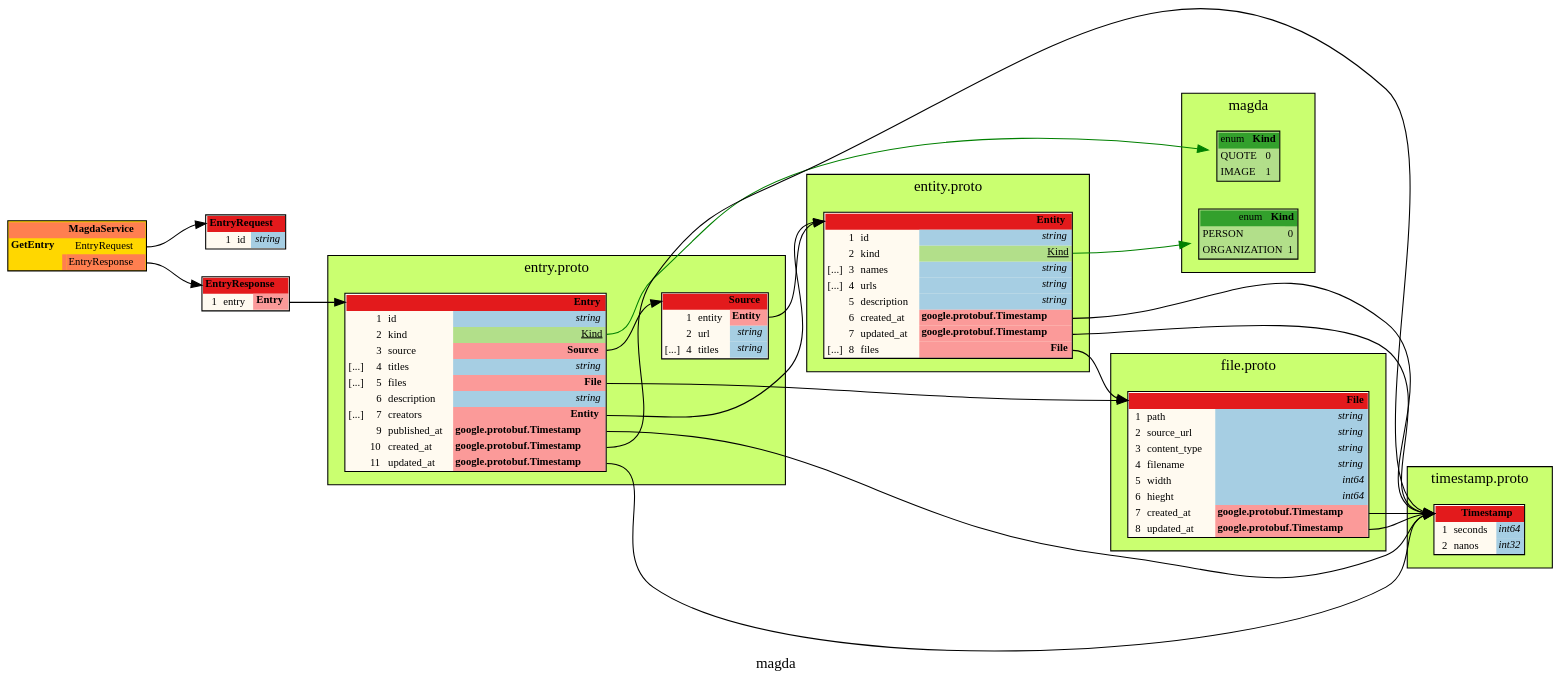
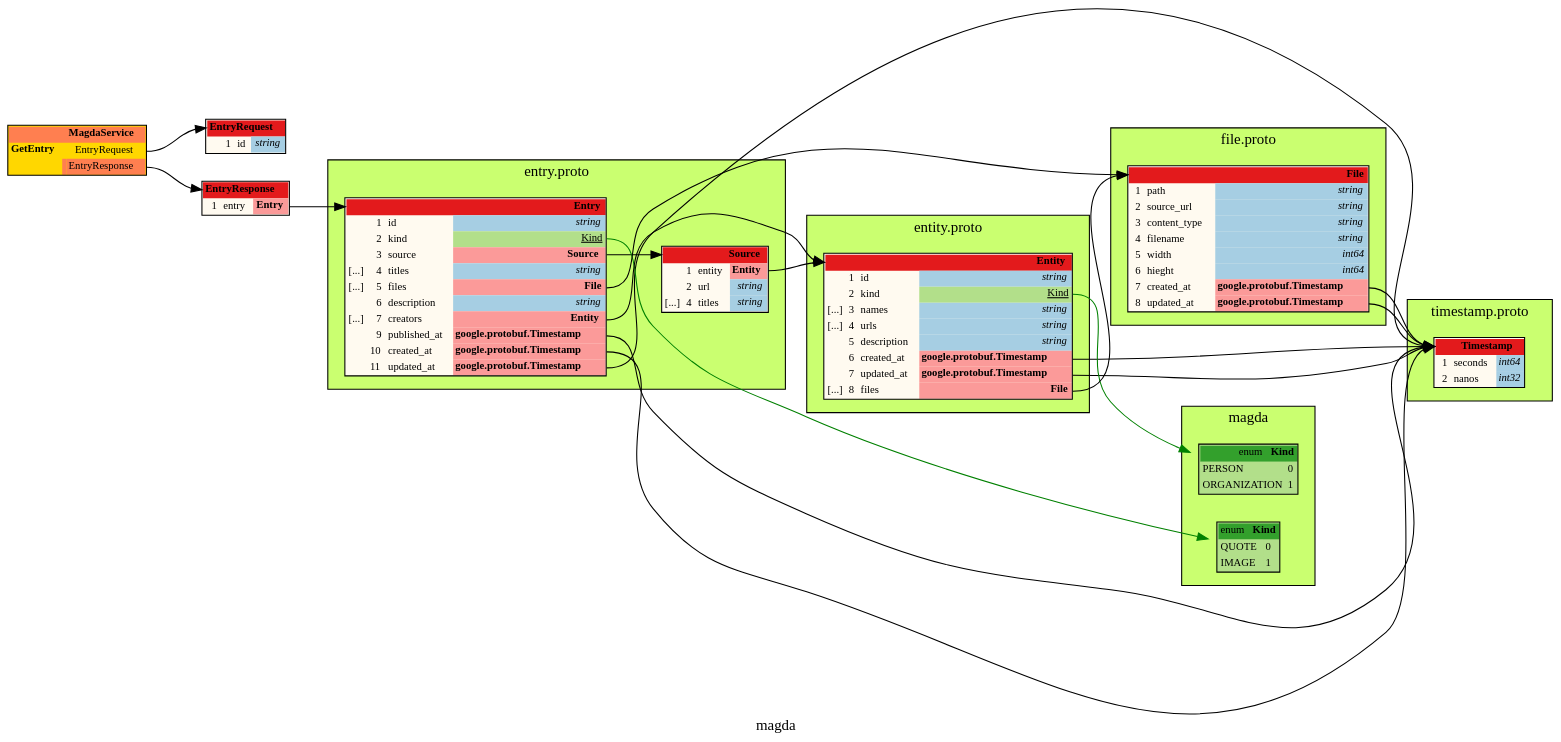
One commit to voidfiles/magda changed the diagram in output/magda.dot. Above: the diagram before and after it, drawn with Graphviz. The commit also changed 20 other files, not shown here.

```diff
--- a/output/magda.dot
+++ b/output/magda.dot
@@ -21,22 +21,16 @@
 
 
 	/* ------ nodes ------ */
-	subgraph cluster_9d1e3c2635ff {
-		label = "magda"
-		tooltip = "magda"
+	subgraph cluster_b5eb5ae3708a {
+		label = "entry.proto"
+		tooltip = "entry.proto"
 		style = filled;
 		fillcolor = "#caff70";
 		
-		Node_Ja_106	[shape=plaintext tooltip="Kind" label=<<TABLE BORDER="1" CELLBORDER="0" CELLSPACING="0" BGCOLOR="#b2df8a"><TR><TD COLSPAN="2" PORT="header" BGCOLOR="#33a02c" ALIGN="right">enum <b>Kind</b></TD></TR><TR><TD BGCOLOR="#b2df8a" ALIGN="left">QUOTE</TD><TD BGCOLOR="#b2df8a" ALIGN="left">0</TD></TR><TR><TD BGCOLOR="#b2df8a" ALIGN="left">IMAGE</TD><TD BGCOLOR="#b2df8a" ALIGN="left">1</TD></TR></TABLE>>];
-		Node_Ja_103	[shape=plaintext tooltip="Kind" label=<<TABLE BORDER="1" CELLBORDER="0" CELLSPACING="0" BGCOLOR="#b2df8a"><TR><TD COLSPAN="2" PORT="header" BGCOLOR="#33a02c" ALIGN="right">enum <b>Kind</b></TD></TR><TR><TD BGCOLOR="#b2df8a" ALIGN="left">PERSON</TD><TD BGCOLOR="#b2df8a" ALIGN="left">0</TD></TR><TR><TD BGCOLOR="#b2df8a" ALIGN="left">ORGANIZATION</TD><TD BGCOLOR="#b2df8a" ALIGN="left">1</TD></TR></TABLE>>];
+		Node_Ja_104	[shape=plaintext tooltip="magda.Source" label=<<TABLE BORDER="1" CELLBORDER="0" CELLSPACING="0" BGCOLOR="#fffaf0"><TR><TD COLSPAN="4" PORT="header" BGCOLOR="#e31a1c" ALIGN="right"><b>Source</b></TD></TR><TR><TD ALIGN="right"></TD><TD ALIGN="right">1</TD><TD ALIGN="left">entity</TD><TD BGCOLOR="#fb9a99" PORT="poentity" ALIGN="right"><b>Entity</b></TD></TR><TR><TD ALIGN="right"></TD><TD ALIGN="right">2</TD><TD ALIGN="left">url</TD><TD BGCOLOR="#a6cee3" PORT="pourl" ALIGN="right" TITLE="string"><i>string</i></TD></TR><TR><TD ALIGN="right">[...]</TD><TD ALIGN="right">4</TD><TD ALIGN="left">titles</TD><TD BGCOLOR="#a6cee3" PORT="potitles" ALIGN="right" TITLE="string"><i>string</i></TD></TR></TABLE>>];
+		Node_Ja_105	[shape=plaintext tooltip="magda.Entry" label=<<TABLE BORDER="1" CELLBORDER="0" CELLSPACING="0" BGCOLOR="#fffaf0"><TR><TD COLSPAN="4" PORT="header" BGCOLOR="#e31a1c" ALIGN="right"><b>Entry</b></TD></TR><TR><TD ALIGN="right"></TD><TD ALIGN="right">1</TD><TD ALIGN="left">id</TD><TD BGCOLOR="#a6cee3" PORT="poid" ALIGN="right" TITLE="string"><i>string</i></TD></TR><TR><TD ALIGN="right"></TD><TD ALIGN="right">2</TD><TD ALIGN="left">kind</TD><TD BGCOLOR="#b2df8a" PORT="pokind" ALIGN="right"><u>Kind</u></TD></TR><TR><TD ALIGN="right"></TD><TD ALIGN="right">3</TD><TD ALIGN="left">source</TD><TD BGCOLOR="#fb9a99" PORT="posource" ALIGN="right"><b>Source</b></TD></TR><TR><TD ALIGN="right">[...]</TD><TD ALIGN="right">4</TD><TD ALIGN="left">titles</TD><TD BGCOLOR="#a6cee3" PORT="potitles" ALIGN="right" TITLE="string"><i>string</i></TD></TR><TR><TD ALIGN="right">[...]</TD><TD ALIGN="right">5</TD><TD ALIGN="left">files</TD><TD BGCOLOR="#fb9a99" PORT="pofiles" ALIGN="right"><b>File</b></TD></TR><TR><TD ALIGN="right"></TD><TD ALIGN="right">6</TD><TD ALIGN="left">description</TD><TD BGCOLOR="#a6cee3" PORT="podescription" ALIGN="right" TITLE="string"><i>string</i></TD></TR><TR><TD ALIGN="right">[...]</TD><TD ALIGN="right">7</TD><TD ALIGN="left">creators</TD><TD BGCOLOR="#fb9a99" PORT="pocreators" ALIGN="right"><b>Entity</b></TD></TR><TR><TD ALIGN="right"></TD><TD ALIGN="right">9</TD><TD ALIGN="left">published_at</TD><TD BGCOLOR="#fb9a99" PORT="popublished_at" ALIGN="right"><b>google.protobuf.Timestamp</b></TD></TR><TR><TD ALIGN="right"></TD><TD ALIGN="right">10</TD><TD ALIGN="left">created_at</TD><TD BGCOLOR="#fb9a99" PORT="pocreated_at" ALIGN="right"><b>google.protobuf.Timestamp</b></TD></TR><TR><TD ALIGN="right"></TD><TD ALIGN="right">11</TD><TD ALIGN="left">updated_at</TD><TD BGCOLOR="#fb9a99" PORT="poupdated_at" ALIGN="right"><b>google.protobuf.Timestamp</b></TD></TR></TABLE>>];
 	}
 
-
-	/* ------ leaving the root package unwrapped ------ */
-	Node_Ja_109	[shape=plaintext tooltip="magda.EntryRequest" label=<<TABLE BORDER="1" CELLBORDER="0" CELLSPACING="0" BGCOLOR="#fffaf0"><TR><TD COLSPAN="4" PORT="header" BGCOLOR="#e31a1c" ALIGN="right"><b>EntryRequest</b></TD></TR><TR><TD ALIGN="right"></TD><TD ALIGN="right">1</TD><TD ALIGN="left">id</TD><TD BGCOLOR="#a6cee3" PORT="poid" ALIGN="right" TITLE="string"><i>string</i></TD></TR></TABLE>>];
-	Node_Ja_110	[shape=plaintext tooltip="magda.EntryResponse" label=<<TABLE BORDER="1" CELLBORDER="0" CELLSPACING="0" BGCOLOR="#fffaf0"><TR><TD COLSPAN="4" PORT="header" BGCOLOR="#e31a1c" ALIGN="right"><b>EntryResponse</b></TD></TR><TR><TD ALIGN="right"></TD><TD ALIGN="right">1</TD><TD ALIGN="left">entry</TD><TD BGCOLOR="#fb9a99" PORT="poentry" ALIGN="right"><b>Entry</b></TD></TR></TABLE>>];
-	
-	Node_Ja_107	[shape=plaintext tooltip="MagdaService" label=<<TABLE BORDER="1" CELLBORDER="0" CELLSPACING="0" BGCOLOR="#ffd700"><TR><TD COLSPAN="3" PORT="header" BGCOLOR="#ff7f50" ALIGN="right"><b>MagdaService</b></TD></TR><TR><TD ALIGN="left"><b>GetEntry</b></TD><TD></TD><TD PORT="poGetEntry_request" ALIGN="right">EntryRequest</TD></TR><TR style="border-bottom: 1px solid red"><TD></TD><TD BGCOLOR="#ff7f50"></TD><TD PORT="poGetEntry_response" ALIGN="right" BGCOLOR="#ff7f50">EntryResponse</TD></TR></TABLE>>];
 	subgraph cluster_5627932c6abb {
 		label = "timestamp.proto"
 		tooltip = "timestamp.proto"
@@ -44,6 +38,31 @@
 		fillcolor = "#caff70";
 		
 		Node_Ja_100	[shape=plaintext tooltip="google.protobuf.Timestamp" label=<<TABLE BORDER="1" CELLBORDER="0" CELLSPACING="0" BGCOLOR="#fffaf0"><TR><TD COLSPAN="4" PORT="header" BGCOLOR="#e31a1c" ALIGN="right"><b>Timestamp</b></TD></TR><TR><TD ALIGN="right"></TD><TD ALIGN="right">1</TD><TD ALIGN="left">seconds</TD><TD BGCOLOR="#a6cee3" PORT="poseconds" ALIGN="right" TITLE="int64"><i>int64</i></TD></TR><TR><TD ALIGN="right"></TD><TD ALIGN="right">2</TD><TD ALIGN="left">nanos</TD><TD BGCOLOR="#a6cee3" PORT="ponanos" ALIGN="right" TITLE="int32"><i>int32</i></TD></TR></TABLE>>];
+	}
+
+	subgraph cluster_9d1e3c2635ff {
+		label = "magda"
+		tooltip = "magda"
+		style = filled;
+		fillcolor = "#caff70";
+		
+		Node_Ja_103	[shape=plaintext tooltip="Kind" label=<<TABLE BORDER="1" CELLBORDER="0" CELLSPACING="0" BGCOLOR="#b2df8a"><TR><TD COLSPAN="2" PORT="header" BGCOLOR="#33a02c" ALIGN="right">enum <b>Kind</b></TD></TR><TR><TD BGCOLOR="#b2df8a" ALIGN="left">PERSON</TD><TD BGCOLOR="#b2df8a" ALIGN="left">0</TD></TR><TR><TD BGCOLOR="#b2df8a" ALIGN="left">ORGANIZATION</TD><TD BGCOLOR="#b2df8a" ALIGN="left">1</TD></TR></TABLE>>];
+		Node_Ja_106	[shape=plaintext tooltip="Kind" label=<<TABLE BORDER="1" CELLBORDER="0" CELLSPACING="0" BGCOLOR="#b2df8a"><TR><TD COLSPAN="2" PORT="header" BGCOLOR="#33a02c" ALIGN="right">enum <b>Kind</b></TD></TR><TR><TD BGCOLOR="#b2df8a" ALIGN="left">QUOTE</TD><TD BGCOLOR="#b2df8a" ALIGN="left">0</TD></TR><TR><TD BGCOLOR="#b2df8a" ALIGN="left">IMAGE</TD><TD BGCOLOR="#b2df8a" ALIGN="left">1</TD></TR></TABLE>>];
+	}
+
+
+	/* ------ leaving the root package unwrapped ------ */
+	Node_Ja_110	[shape=plaintext tooltip="magda.EntryResponse" label=<<TABLE BORDER="1" CELLBORDER="0" CELLSPACING="0" BGCOLOR="#fffaf0"><TR><TD COLSPAN="4" PORT="header" BGCOLOR="#e31a1c" ALIGN="right"><b>EntryResponse</b></TD></TR><TR><TD ALIGN="right"></TD><TD ALIGN="right">1</TD><TD ALIGN="left">entry</TD><TD BGCOLOR="#fb9a99" PORT="poentry" ALIGN="right"><b>Entry</b></TD></TR></TABLE>>];
+	
+	Node_Ja_109	[shape=plaintext tooltip="magda.EntryRequest" label=<<TABLE BORDER="1" CELLBORDER="0" CELLSPACING="0" BGCOLOR="#fffaf0"><TR><TD COLSPAN="4" PORT="header" BGCOLOR="#e31a1c" ALIGN="right"><b>EntryRequest</b></TD></TR><TR><TD ALIGN="right"></TD><TD ALIGN="right">1</TD><TD ALIGN="left">id</TD><TD BGCOLOR="#a6cee3" PORT="poid" ALIGN="right" TITLE="string"><i>string</i></TD></TR></TABLE>>];
+	Node_Ja_107	[shape=plaintext tooltip="MagdaService" label=<<TABLE BORDER="1" CELLBORDER="0" CELLSPACING="0" BGCOLOR="#ffd700"><TR><TD COLSPAN="3" PORT="header" BGCOLOR="#ff7f50" ALIGN="right"><b>MagdaService</b></TD></TR><TR><TD ALIGN="left"><b>GetEntry</b></TD><TD></TD><TD PORT="poGetEntry_request" ALIGN="right">EntryRequest</TD></TR><TR style="border-bottom: 1px solid red"><TD></TD><TD BGCOLOR="#ff7f50"></TD><TD PORT="poGetEntry_response" ALIGN="right" BGCOLOR="#ff7f50">EntryResponse</TD></TR></TABLE>>];
+	subgraph cluster_8b180d234311 {
+		label = "file.proto"
+		tooltip = "file.proto"
+		style = filled;
+		fillcolor = "#caff70";
+		
+		Node_Ja_101	[shape=plaintext tooltip="magda.File" label=<<TABLE BORDER="1" CELLBORDER="0" CELLSPACING="0" BGCOLOR="#fffaf0"><TR><TD COLSPAN="4" PORT="header" BGCOLOR="#e31a1c" ALIGN="right"><b>File</b></TD></TR><TR><TD ALIGN="right"></TD><TD ALIGN="right">1</TD><TD ALIGN="left">path</TD><TD BGCOLOR="#a6cee3" PORT="popath" ALIGN="right" TITLE="string"><i>string</i></TD></TR><TR><TD ALIGN="right"></TD><TD ALIGN="right">2</TD><TD ALIGN="left">source_url</TD><TD BGCOLOR="#a6cee3" PORT="posource_url" ALIGN="right" TITLE="string"><i>string</i></TD></TR><TR><TD ALIGN="right"></TD><TD ALIGN="right">3</TD><TD ALIGN="left">content_type</TD><TD BGCOLOR="#a6cee3" PORT="pocontent_type" ALIGN="right" TITLE="string"><i>string</i></TD></TR><TR><TD ALIGN="right"></TD><TD ALIGN="right">4</TD><TD ALIGN="left">filename</TD><TD BGCOLOR="#a6cee3" PORT="pofilename" ALIGN="right" TITLE="string"><i>string</i></TD></TR><TR><TD ALIGN="right"></TD><TD ALIGN="right">5</TD><TD ALIGN="left">width</TD><TD BGCOLOR="#a6cee3" PORT="powidth" ALIGN="right" TITLE="int64"><i>int64</i></TD></TR><TR><TD ALIGN="right"></TD><TD ALIGN="right">6</TD><TD ALIGN="left">hieght</TD><TD BGCOLOR="#a6cee3" PORT="pohieght" ALIGN="right" TITLE="int64"><i>int64</i></TD></TR><TR><TD ALIGN="right"></TD><TD ALIGN="right">7</TD><TD ALIGN="left">created_at</TD><TD BGCOLOR="#fb9a99" PORT="pocreated_at" ALIGN="right"><b>google.protobuf.Timestamp</b></TD></TR><TR><TD ALIGN="right"></TD><TD ALIGN="right">8</TD><TD ALIGN="left">updated_at</TD><TD BGCOLOR="#fb9a99" PORT="poupdated_at" ALIGN="right"><b>google.protobuf.Timestamp</b></TD></TR></TABLE>>];
 	}
 
 	subgraph cluster_f56b993e78fb {
@@ -55,44 +74,25 @@
 		Node_Ja_102	[shape=plaintext tooltip="magda.Entity" label=<<TABLE BORDER="1" CELLBORDER="0" CELLSPACING="0" BGCOLOR="#fffaf0"><TR><TD COLSPAN="4" PORT="header" BGCOLOR="#e31a1c" ALIGN="right"><b>Entity</b></TD></TR><TR><TD ALIGN="right"></TD><TD ALIGN="right">1</TD><TD ALIGN="left">id</TD><TD BGCOLOR="#a6cee3" PORT="poid" ALIGN="right" TITLE="string"><i>string</i></TD></TR><TR><TD ALIGN="right"></TD><TD ALIGN="right">2</TD><TD ALIGN="left">kind</TD><TD BGCOLOR="#b2df8a" PORT="pokind" ALIGN="right"><u>Kind</u></TD></TR><TR><TD ALIGN="right">[...]</TD><TD ALIGN="right">3</TD><TD ALIGN="left">names</TD><TD BGCOLOR="#a6cee3" PORT="ponames" ALIGN="right" TITLE="string"><i>string</i></TD></TR><TR><TD ALIGN="right">[...]</TD><TD ALIGN="right">4</TD><TD ALIGN="left">urls</TD><TD BGCOLOR="#a6cee3" PORT="pourls" ALIGN="right" TITLE="string"><i>string</i></TD></TR><TR><TD ALIGN="right"></TD><TD ALIGN="right">5</TD><TD ALIGN="left">description</TD><TD BGCOLOR="#a6cee3" PORT="podescription" ALIGN="right" TITLE="string"><i>string</i></TD></TR><TR><TD ALIGN="right"></TD><TD ALIGN="right">6</TD><TD ALIGN="left">created_at</TD><TD BGCOLOR="#fb9a99" PORT="pocreated_at" ALIGN="right"><b>google.protobuf.Timestamp</b></TD></TR><TR><TD ALIGN="right"></TD><TD ALIGN="right">7</TD><TD ALIGN="left">updated_at</TD><TD BGCOLOR="#fb9a99" PORT="poupdated_at" ALIGN="right"><b>google.protobuf.Timestamp</b></TD></TR><TR><TD ALIGN="right">[...]</TD><TD ALIGN="right">8</TD><TD ALIGN="left">files</TD><TD BGCOLOR="#fb9a99" PORT="pofiles" ALIGN="right"><b>File</b></TD></TR></TABLE>>];
 	}
 
-	subgraph cluster_8b180d234311 {
-		label = "file.proto"
-		tooltip = "file.proto"
-		style = filled;
-		fillcolor = "#caff70";
-		
-		Node_Ja_101	[shape=plaintext tooltip="magda.File" label=<<TABLE BORDER="1" CELLBORDER="0" CELLSPACING="0" BGCOLOR="#fffaf0"><TR><TD COLSPAN="4" PORT="header" BGCOLOR="#e31a1c" ALIGN="right"><b>File</b></TD></TR><TR><TD ALIGN="right"></TD><TD ALIGN="right">1</TD><TD ALIGN="left">path</TD><TD BGCOLOR="#a6cee3" PORT="popath" ALIGN="right" TITLE="string"><i>string</i></TD></TR><TR><TD ALIGN="right"></TD><TD ALIGN="right">2</TD><TD ALIGN="left">source_url</TD><TD BGCOLOR="#a6cee3" PORT="posource_url" ALIGN="right" TITLE="string"><i>string</i></TD></TR><TR><TD ALIGN="right"></TD><TD ALIGN="right">3</TD><TD ALIGN="left">content_type</TD><TD BGCOLOR="#a6cee3" PORT="pocontent_type" ALIGN="right" TITLE="string"><i>string</i></TD></TR><TR><TD ALIGN="right"></TD><TD ALIGN="right">4</TD><TD ALIGN="left">filename</TD><TD BGCOLOR="#a6cee3" PORT="pofilename" ALIGN="right" TITLE="string"><i>string</i></TD></TR><TR><TD ALIGN="right"></TD><TD ALIGN="right">5</TD><TD ALIGN="left">width</TD><TD BGCOLOR="#a6cee3" PORT="powidth" ALIGN="right" TITLE="int64"><i>int64</i></TD></TR><TR><TD ALIGN="right"></TD><TD ALIGN="right">6</TD><TD ALIGN="left">hieght</TD><TD BGCOLOR="#a6cee3" PORT="pohieght" ALIGN="right" TITLE="int64"><i>int64</i></TD></TR><TR><TD ALIGN="right"></TD><TD ALIGN="right">7</TD><TD ALIGN="left">created_at</TD><TD BGCOLOR="#fb9a99" PORT="pocreated_at" ALIGN="right"><b>google.protobuf.Timestamp</b></TD></TR><TR><TD ALIGN="right"></TD><TD ALIGN="right">8</TD><TD ALIGN="left">updated_at</TD><TD BGCOLOR="#fb9a99" PORT="poupdated_at" ALIGN="right"><b>google.protobuf.Timestamp</b></TD></TR></TABLE>>];
-	}
-
-	subgraph cluster_b5eb5ae3708a {
-		label = "entry.proto"
-		tooltip = "entry.proto"
-		style = filled;
-		fillcolor = "#caff70";
-		
-		Node_Ja_105	[shape=plaintext tooltip="magda.Entry" label=<<TABLE BORDER="1" CELLBORDER="0" CELLSPACING="0" BGCOLOR="#fffaf0"><TR><TD COLSPAN="4" PORT="header" BGCOLOR="#e31a1c" ALIGN="right"><b>Entry</b></TD></TR><TR><TD ALIGN="right"></TD><TD ALIGN="right">1</TD><TD ALIGN="left">id</TD><TD BGCOLOR="#a6cee3" PORT="poid" ALIGN="right" TITLE="string"><i>string</i></TD></TR><TR><TD ALIGN="right"></TD><TD ALIGN="right">2</TD><TD ALIGN="left">kind</TD><TD BGCOLOR="#b2df8a" PORT="pokind" ALIGN="right"><u>Kind</u></TD></TR><TR><TD ALIGN="right"></TD><TD ALIGN="right">3</TD><TD ALIGN="left">source</TD><TD BGCOLOR="#fb9a99" PORT="posource" ALIGN="right"><b>Source</b></TD></TR><TR><TD ALIGN="right">[...]</TD><TD ALIGN="right">4</TD><TD ALIGN="left">titles</TD><TD BGCOLOR="#a6cee3" PORT="potitles" ALIGN="right" TITLE="string"><i>string</i></TD></TR><TR><TD ALIGN="right">[...]</TD><TD ALIGN="right">5</TD><TD ALIGN="left">files</TD><TD BGCOLOR="#fb9a99" PORT="pofiles" ALIGN="right"><b>File</b></TD></TR><TR><TD ALIGN="right"></TD><TD ALIGN="right">6</TD><TD ALIGN="left">description</TD><TD BGCOLOR="#a6cee3" PORT="podescription" ALIGN="right" TITLE="string"><i>string</i></TD></TR><TR><TD ALIGN="right">[...]</TD><TD ALIGN="right">7</TD><TD ALIGN="left">creators</TD><TD BGCOLOR="#fb9a99" PORT="pocreators" ALIGN="right"><b>Entity</b></TD></TR><TR><TD ALIGN="right"></TD><TD ALIGN="right">9</TD><TD ALIGN="left">published_at</TD><TD BGCOLOR="#fb9a99" PORT="popublished_at" ALIGN="right"><b>google.protobuf.Timestamp</b></TD></TR><TR><TD ALIGN="right"></TD><TD ALIGN="right">10</TD><TD ALIGN="left">created_at</TD><TD BGCOLOR="#fb9a99" PORT="pocreated_at" ALIGN="right"><b>google.protobuf.Timestamp</b></TD></TR><TR><TD ALIGN="right"></TD><TD ALIGN="right">11</TD><TD ALIGN="left">updated_at</TD><TD BGCOLOR="#fb9a99" PORT="poupdated_at" ALIGN="right"><b>google.protobuf.Timestamp</b></TD></TR></TABLE>>];
-		Node_Ja_104	[shape=plaintext tooltip="magda.Source" label=<<TABLE BORDER="1" CELLBORDER="0" CELLSPACING="0" BGCOLOR="#fffaf0"><TR><TD COLSPAN="4" PORT="header" BGCOLOR="#e31a1c" ALIGN="right"><b>Source</b></TD></TR><TR><TD ALIGN="right"></TD><TD ALIGN="right">1</TD><TD ALIGN="left">entity</TD><TD BGCOLOR="#fb9a99" PORT="poentity" ALIGN="right"><b>Entity</b></TD></TR><TR><TD ALIGN="right"></TD><TD ALIGN="right">2</TD><TD ALIGN="left">url</TD><TD BGCOLOR="#a6cee3" PORT="pourl" ALIGN="right" TITLE="string"><i>string</i></TD></TR><TR><TD ALIGN="right">[...]</TD><TD ALIGN="right">4</TD><TD ALIGN="left">titles</TD><TD BGCOLOR="#a6cee3" PORT="potitles" ALIGN="right" TITLE="string"><i>string</i></TD></TR></TABLE>>];
-	}
-
 
 	/* ------ connections ------ */
+	Node_Ja_105:posource:e	-> Node_Ja_104:header [color="#000000" tooltip="Ja_105 --> Ja_104"];
+	Node_Ja_105:popublished_at:e	-> Node_Ja_100:header [color="#000000" tooltip="Ja_105 --> Ja_100"];
+	Node_Ja_102:pokind:e	-> Node_Ja_103 [color="#008000" tooltip="Ja_102 --> Ja_103"];
+	Node_Ja_102:pofiles:e	-> Node_Ja_101:header [color="#000000" tooltip="Ja_102 --> Ja_101"];
+	Node_Ja_105:pocreators:e	-> Node_Ja_102:header [color="#000000" tooltip="Ja_105 --> Ja_102"];
 	Node_Ja_107:poGetEntry_response:e	-> Node_Ja_110:header [color="#000000" tooltip="Ja_107 --> Ja_110"];
+	Node_Ja_105:pocreated_at:e	-> Node_Ja_100:header [color="#000000" tooltip="Ja_105 --> Ja_100"];
+	Node_Ja_105:poupdated_at:e	-> Node_Ja_100:header [color="#000000" tooltip="Ja_105 --> Ja_100"];
+	Node_Ja_107:poGetEntry_request:e	-> Node_Ja_109:header [color="#000000" tooltip="Ja_107 --> Ja_109"];
 	Node_Ja_110:poentry:e	-> Node_Ja_105:header [color="#000000" tooltip="Ja_110 --> Ja_105"];
+	Node_Ja_101:poupdated_at:e	-> Node_Ja_100:header [color="#000000" tooltip="Ja_101 --> Ja_100"];
+	Node_Ja_102:pocreated_at:e	-> Node_Ja_100:header [color="#000000" tooltip="Ja_102 --> Ja_100"];
+	Node_Ja_104:poentity:e	-> Node_Ja_102:header [color="#000000" tooltip="Ja_104 --> Ja_102"];
+	Node_Ja_105:pokind:e	-> Node_Ja_106 [color="#008000" tooltip="Ja_105 --> Ja_106"];
+	Node_Ja_105:pofiles:e	-> Node_Ja_101:header [color="#000000" tooltip="Ja_105 --> Ja_101"];
+	Node_Ja_101:pocreated_at:e	-> Node_Ja_100:header [color="#000000" tooltip="Ja_101 --> Ja_100"];
 	Node_Ja_102:poupdated_at:e	-> Node_Ja_100:header [color="#000000" tooltip="Ja_102 --> Ja_100"];
-	Node_Ja_104:poentity:e	-> Node_Ja_102:header [color="#000000" tooltip="Ja_104 --> Ja_102"];
-	Node_Ja_105:poupdated_at:e	-> Node_Ja_100:header [color="#000000" tooltip="Ja_105 --> Ja_100"];
-	Node_Ja_105:pokind:e	-> Node_Ja_106 [color="#008000" tooltip="Ja_105 --> Ja_106"];
-	Node_Ja_105:posource:e	-> Node_Ja_104:header [color="#000000" tooltip="Ja_105 --> Ja_104"];
-	Node_Ja_105:pofiles:e	-> Node_Ja_101:header [color="#000000" tooltip="Ja_105 --> Ja_101"];
-	Node_Ja_105:pocreators:e	-> Node_Ja_102:header [color="#000000" tooltip="Ja_105 --> Ja_102"];
-	Node_Ja_105:popublished_at:e	-> Node_Ja_100:header [color="#000000" tooltip="Ja_105 --> Ja_100"];
-	Node_Ja_105:pocreated_at:e	-> Node_Ja_100:header [color="#000000" tooltip="Ja_105 --> Ja_100"];
-	Node_Ja_107:poGetEntry_request:e	-> Node_Ja_109:header [color="#000000" tooltip="Ja_107 --> Ja_109"];
-	Node_Ja_101:pocreated_at:e	-> Node_Ja_100:header [color="#000000" tooltip="Ja_101 --> Ja_100"];
-	Node_Ja_102:pocreated_at:e	-> Node_Ja_100:header [color="#000000" tooltip="Ja_102 --> Ja_100"];
-	Node_Ja_102:pofiles:e	-> Node_Ja_101:header [color="#000000" tooltip="Ja_102 --> Ja_101"];
-	Node_Ja_101:poupdated_at:e	-> Node_Ja_100:header [color="#000000" tooltip="Ja_101 --> Ja_100"];
-	Node_Ja_102:pokind:e	-> Node_Ja_103 [color="#008000" tooltip="Ja_102 --> Ja_103"];
 
-	/* generated by github.com/seamia/protodot on Monday, 17-Feb-20 14:06:47 MST */
+	/* generated by github.com/seamia/protodot on Monday, 17-Feb-20 14:42:34 MST */
 }
```
